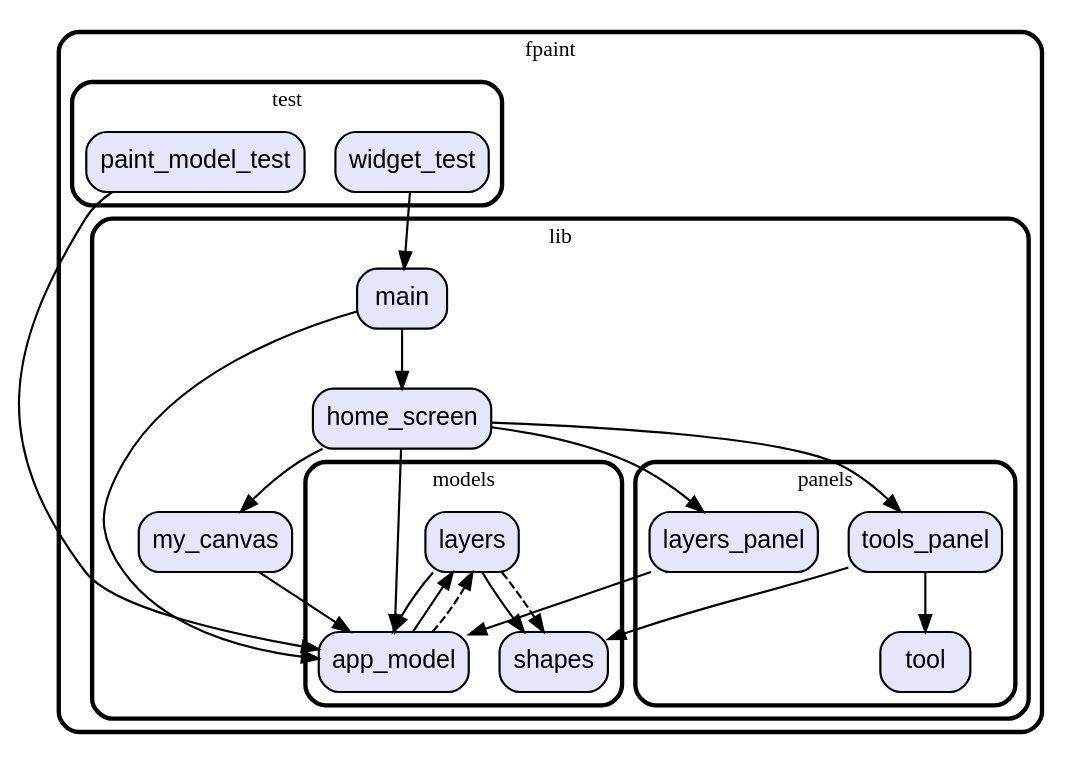
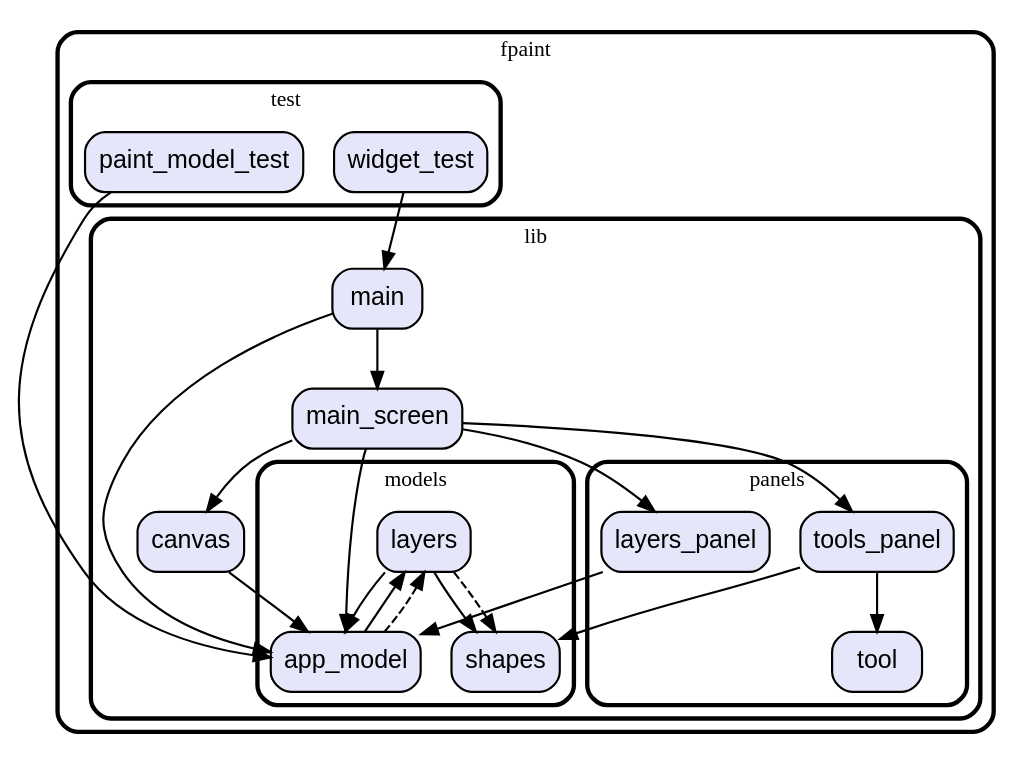
Before and after one commit to vteam-com/fPaint: the diagram in graph.dot, drawn with Graphviz. The commit also changed 4 other files, not shown here.

```diff
--- a/graph.dot
+++ b/graph.dot
@@ -1,59 +1,59 @@
 digraph "" {
   graph [style=rounded fontname="Arial Black" fontsize=13 penwidth=2.6];
   node [shape=rect style="filled,rounded" fontname=Arial fontsize=15 fillcolor=Lavender penwidth=1.3];
   edge [penwidth=1.3];
   "/test/paint_model_test.dart" [label="paint_model_test"];
   "/test/widget_test.dart" [label="widget_test"];
   "/lib/panels/tools_panel.dart" [label="tools_panel"];
   "/lib/panels/layers_panel.dart" [label="layers_panel"];
   "/lib/panels/tool.dart" [label="tool"];
   "/lib/models/layers.dart" [label="layers"];
   "/lib/models/shapes.dart" [label="shapes"];
   "/lib/models/app_model.dart" [label="app_model"];
   "/lib/main.dart" [label="main"];
-  "/lib/my_canvas.dart" [label="my_canvas"];
-  "/lib/home_screen.dart" [label="home_screen"];
+  "/lib/canvas.dart" [label="canvas"];
+  "/lib/main_screen.dart" [label="main_screen"];
   subgraph "cluster~" {
     label="fpaint";
     subgraph "cluster~/test" {
       label="test";
       "/test/paint_model_test.dart";
       "/test/widget_test.dart";
     }
     subgraph "cluster~/lib" {
       label="lib";
       "/lib/main.dart";
-      "/lib/my_canvas.dart";
-      "/lib/home_screen.dart";
+      "/lib/canvas.dart";
+      "/lib/main_screen.dart";
       subgraph "cluster~/lib/panels" {
         label="panels";
         "/lib/panels/tools_panel.dart";
         "/lib/panels/layers_panel.dart";
         "/lib/panels/tool.dart";
       }
       subgraph "cluster~/lib/models" {
         label="models";
         "/lib/models/layers.dart";
         "/lib/models/shapes.dart";
         "/lib/models/app_model.dart";
       }
     }
   }
   "/test/paint_model_test.dart" -> "/lib/models/app_model.dart";
   "/test/widget_test.dart" -> "/lib/main.dart";
   "/lib/panels/tools_panel.dart" -> "/lib/models/shapes.dart";
   "/lib/panels/tools_panel.dart" -> "/lib/panels/tool.dart";
   "/lib/panels/layers_panel.dart" -> "/lib/models/app_model.dart";
   "/lib/models/layers.dart" -> "/lib/models/app_model.dart";
   "/lib/models/layers.dart" -> "/lib/models/shapes.dart";
   "/lib/models/layers.dart" -> "/lib/models/shapes.dart" [style=dashed];
   "/lib/models/app_model.dart" -> "/lib/models/layers.dart";
   "/lib/models/app_model.dart" -> "/lib/models/layers.dart" [style=dashed];
-  "/lib/main.dart" -> "/lib/home_screen.dart";
+  "/lib/main.dart" -> "/lib/main_screen.dart";
   "/lib/main.dart" -> "/lib/models/app_model.dart";
-  "/lib/my_canvas.dart" -> "/lib/models/app_model.dart";
-  "/lib/home_screen.dart" -> "/lib/panels/layers_panel.dart";
-  "/lib/home_screen.dart" -> "/lib/panels/tools_panel.dart";
-  "/lib/home_screen.dart" -> "/lib/models/app_model.dart";
-  "/lib/home_screen.dart" -> "/lib/my_canvas.dart";
+  "/lib/canvas.dart" -> "/lib/models/app_model.dart";
+  "/lib/main_screen.dart" -> "/lib/canvas.dart";
+  "/lib/main_screen.dart" -> "/lib/panels/layers_panel.dart";
+  "/lib/main_screen.dart" -> "/lib/panels/tools_panel.dart";
+  "/lib/main_screen.dart" -> "/lib/models/app_model.dart";
 }
```
